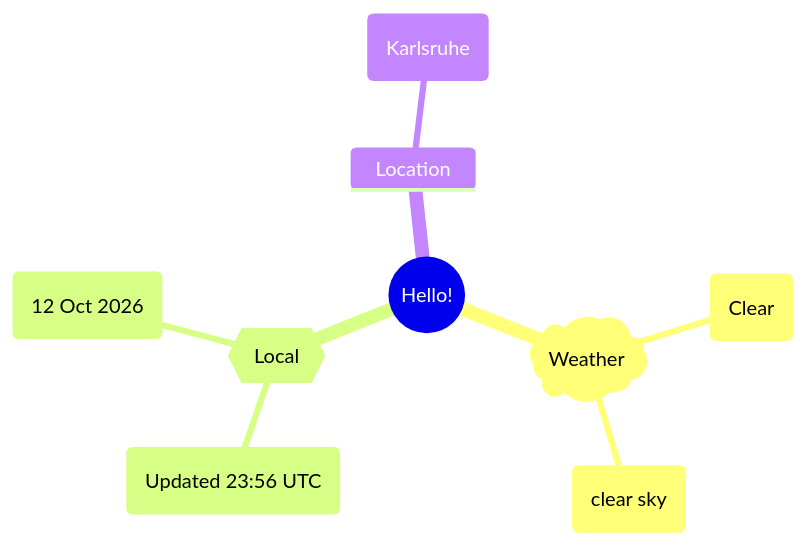
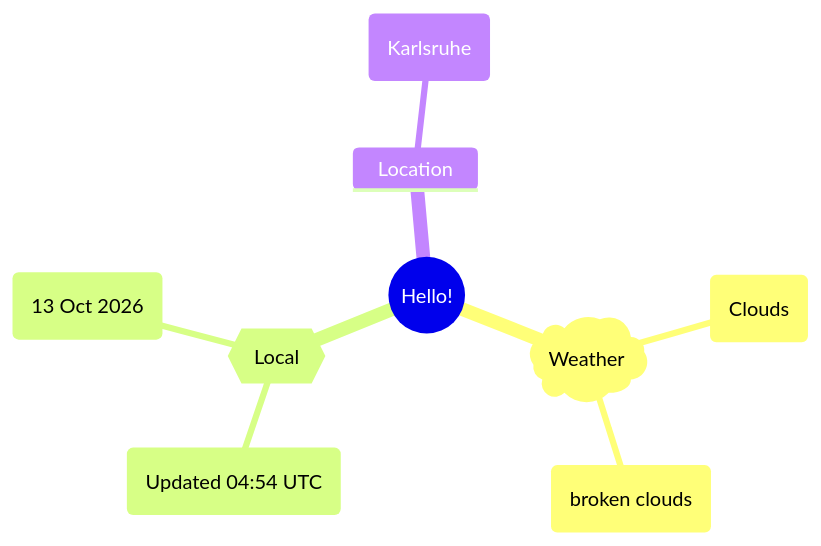
The first of 2 diagrams in README.md (Xosrov/Xosrov), drawn with Mermaid before and after one commit.

Commit message:
[bot] updated images

````diff
--- a/README.md
+++ b/README.md
@@ -3,12 +3,12 @@
 ```mermaid
 mindmap
   root((Hello!))
     )Weather(
-        (Clear)
-        (clear sky)
+        (Clouds)
+        (broken clouds)
     {{Local}}
-        (Updated 23:56 UTC)
-        (12 Oct 2026)
+        (Updated 04:54 UTC)
+        (13 Oct 2026)
     Location
         (Karlsruhe)
 ```
````
